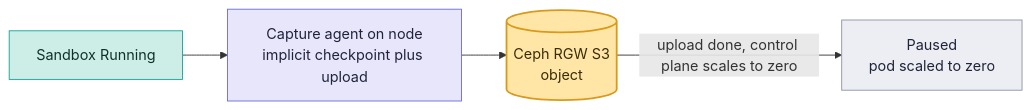
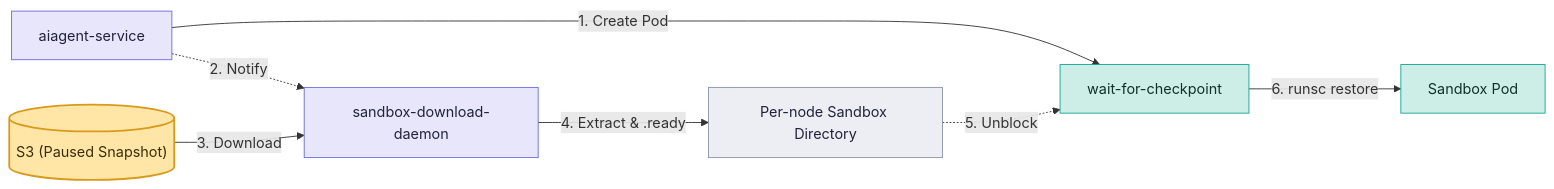
Before and after one commit to chandini1727/plant_disease_app: the fourth of 6 diagrams in README.md, drawn with Mermaid. The commit also changed other lines of this file, not shown here.

````diff
--- a/README.md
+++ b/README.md
@@ -275,13 +202,14 @@
 ```mermaid
 flowchart LR
-    R["Sandbox Running"]:::dp
-    AG["Capture agent on node<br/>implicit checkpoint plus upload"]:::cp
-    S3[("Ceph RGW S3<br/>object")]:::star
-    Z["Paused<br/>pod scaled to zero"]:::store
-    R --> AG --> S3
-    S3 -->|"upload done, control plane scales to zero"| Z
+    CP["aiagent-service"]:::cp -->|"1. Create Pod"| WAIT["wait-for-checkpoint"]:::dp
+    CP -.->|"2. Notify"| DD["sandbox-download-daemon"]:::cp
+    S3[("S3 (Paused Snapshot)")]:::star -->|"3. Download"| DD
+    DD -->|"4. Extract & .ready"| LD["Per-node Sandbox Directory"]:::store
+    LD -.->|"5. Unblock"| WAIT
+    WAIT -->|"6. runsc restore"| RUN["Sandbox Pod"]:::dp
+
     classDef cp fill:#e7e6fb,stroke:#6b6be0,color:#20233a
     classDef dp fill:#cdeee7,stroke:#12a594,color:#10302b
     classDef store fill:#eceef3,stroke:#8a93a6,color:#20233a
     classDef star fill:#ffe6a7,stroke:#d99a1c,stroke-width:2px,color:#3a2c07
 ```
````
